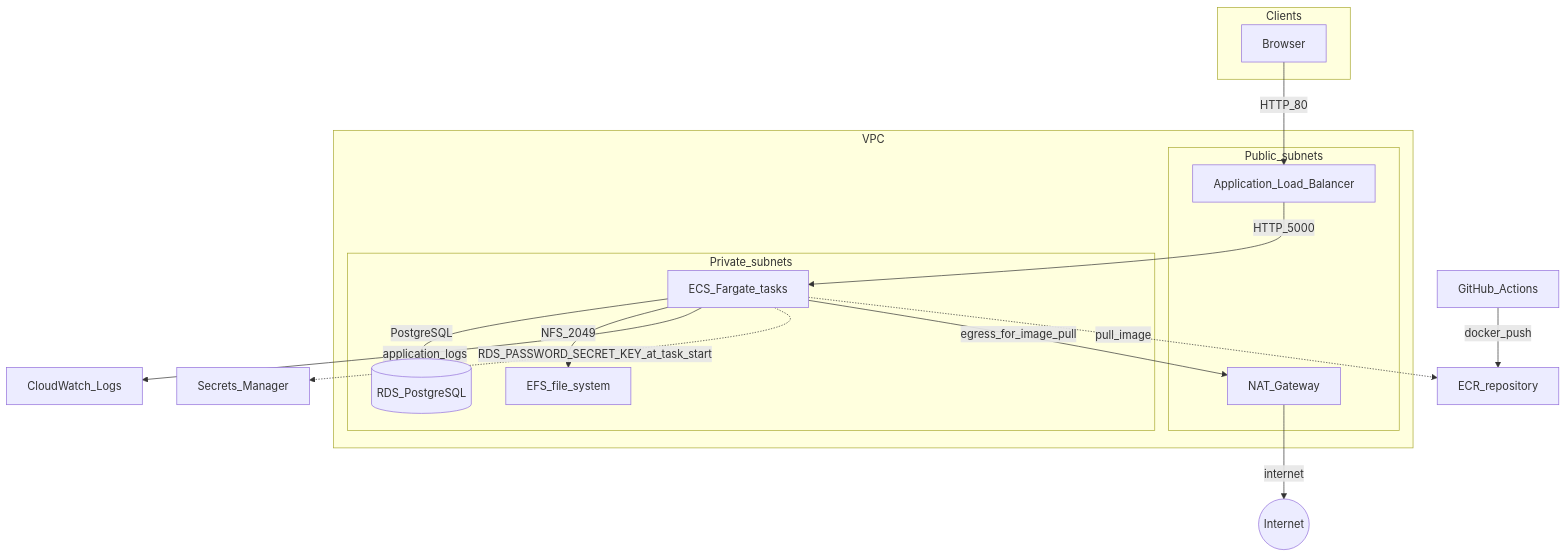
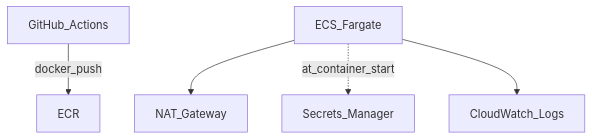
Before and after one commit to apalasti/cloud-based-systems: the second of 2 diagrams in infra/terraform/README.md, drawn with Mermaid. The commit also changed other lines of this file, not shown here.

Commit message:
updated infra readme

````diff
--- a/infra/terraform/README.md
+++ b/infra/terraform/README.md
@@ -9,34 +28,7 @@
 ```mermaid
 flowchart TB
-  subgraph clients [Clients]
-    Browser[Browser]
-  end
-
-  subgraph vpc [VPC]
-    subgraph pub [Public_subnets]
-      ALB[Application_Load_Balancer]
-      NAT[NAT_Gateway]
-    end
-    subgraph priv [Private_subnets]
-      ECS[ECS_Fargate_tasks]
-      RDS_db[(RDS_PostgreSQL)]
-      EFS_fs[EFS_file_system]
-    end
-  end
-
-  ECR[ECR_repository]
-  SM[Secrets_Manager]
-  CW[CloudWatch_Logs]
-  CI[GitHub_Actions]
-
-  Browser -->|HTTP_80| ALB
-  ALB -->|HTTP_5000| ECS
-  ECS -->|PostgreSQL| RDS_db
-  ECS -->|NFS_2049| EFS_fs
-  ECS -->|application_logs| CW
-  ECS -.->|RDS_PASSWORD_SECRET_KEY_at_task_start| SM
-  ECS -->|egress_for_image_pull| NAT
-  NAT -->|internet| Internet((Internet))
-  CI -->|docker_push| ECR
-  ECS -.->|pull_image| ECR
+  GHA[GitHub_Actions] -->|docker_push| ECR[ECR]
+  Task[ECS_Fargate] --> NAT[NAT_Gateway]
+  Task -.->|at_container_start| SM[Secrets_Manager]
+  Task --> CW[CloudWatch_Logs]
 ```
````
